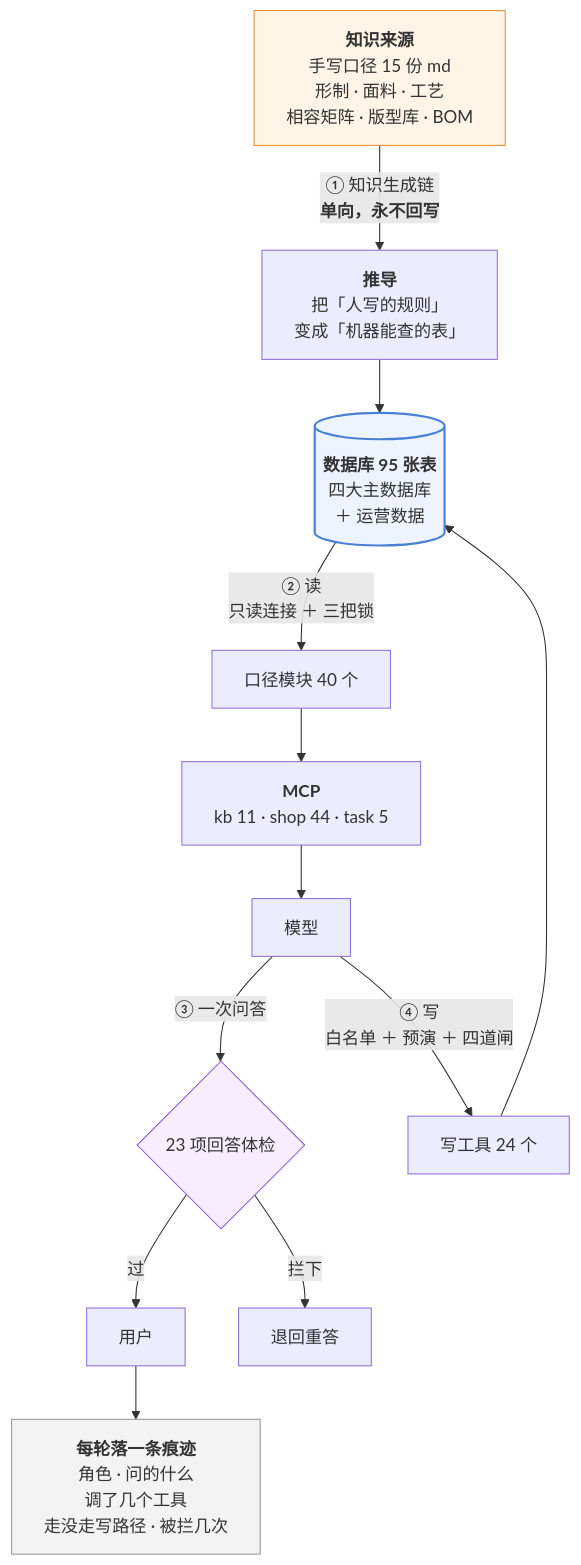
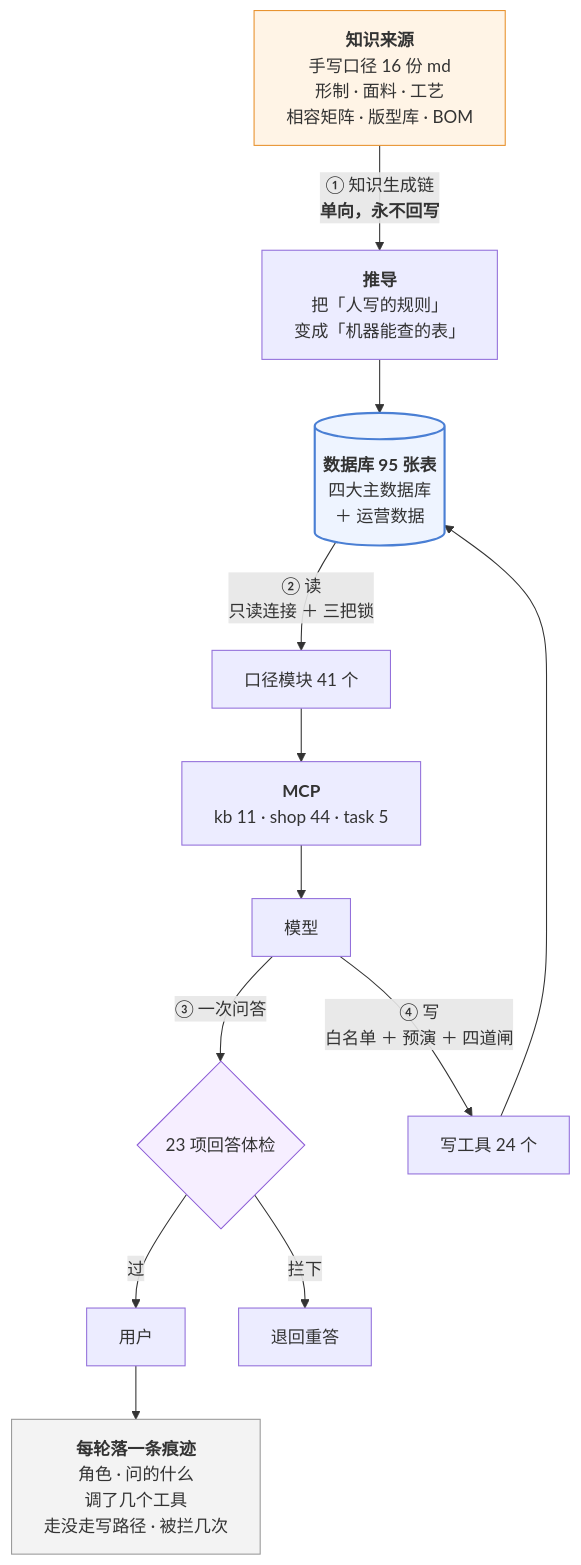
The third of 3 diagrams in 澜绣云裳agent-产品说明.md (843773296-rgb/lanxiu-yunshang-agent), drawn with Mermaid before and after one commit. The commit also changed other lines of this file and 13 other files, not shown here.

````diff
--- a/澜绣云裳agent-产品说明.md
+++ b/澜绣云裳agent-产品说明.md
@@ -867,24 +867,24 @@
 ```mermaid
 flowchart TD
-    MD["<b>知识来源</b><br/>手写口径 15 份 md<br/>形制 · 面料 · 工艺<br/>相容矩阵 · 版型库 · BOM"]
+    MD["<b>知识来源</b><br/>手写口径 16 份 md<br/>形制 · 面料 · 工艺<br/>相容矩阵 · 版型库 · BOM"]
     MD -->|"① 知识生成链<br/><b>单向，永不回写</b>"| DV["<b>推导</b><br/>把「人写的规则」<br/>变成「机器能查的表」"]
     DV --> DB[("<b>数据库 95 张表</b><br/>四大主数据库<br/>＋ 运营数据")]
 
-    DB -->|"② 读<br/>只读连接 ＋ 三把锁"| KJ["口径模块 40 个"]
+    DB -->|"② 读<br/>只读连接 ＋ 三把锁"| KJ["口径模块 41 个"]
     KJ --> MCP["<b>MCP</b><br/>kb 11 · shop 44 · task 5"]
     MCP --> LLM["模型"]
 
     LLM -->|"③ 一次问答"| GD{"23 项回答体检"}
     GD -- 过 --> U["用户"]
     GD -- 拦下 --> RE["退回重答"]
 
     LLM -->|"④ 写<br/>白名单 ＋ 预演 ＋ 四道闸"| W["写工具 24 个"]
     W --> DB
 
     U --> TR["<b>每轮落一条痕迹</b><br/>角色 · 问的什么<br/>调了几个工具<br/>走没走写路径 · 被拦几次"]
 
     style MD fill:#fff4e6,stroke:#e8912d
     style DB fill:#eef4ff,stroke:#4a7fd4,stroke-width:2px
     style GD fill:#f6eeff,stroke:#8b5cd6
     style TR fill:#f3f3f3,stroke:#999
 ```
````
